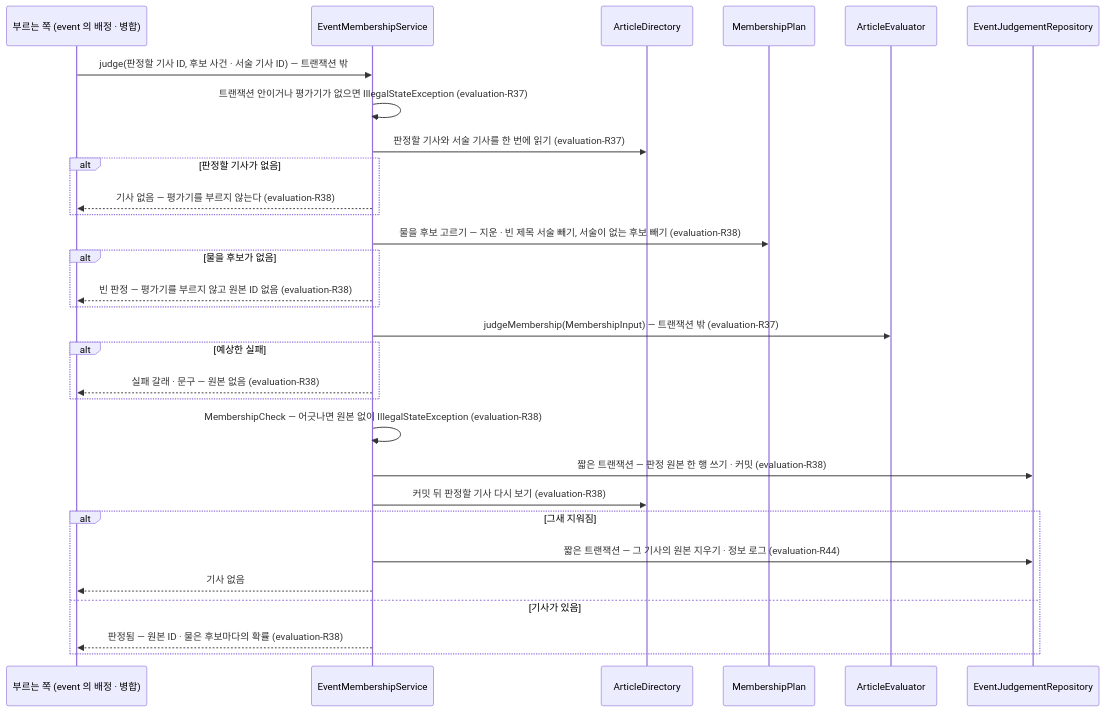
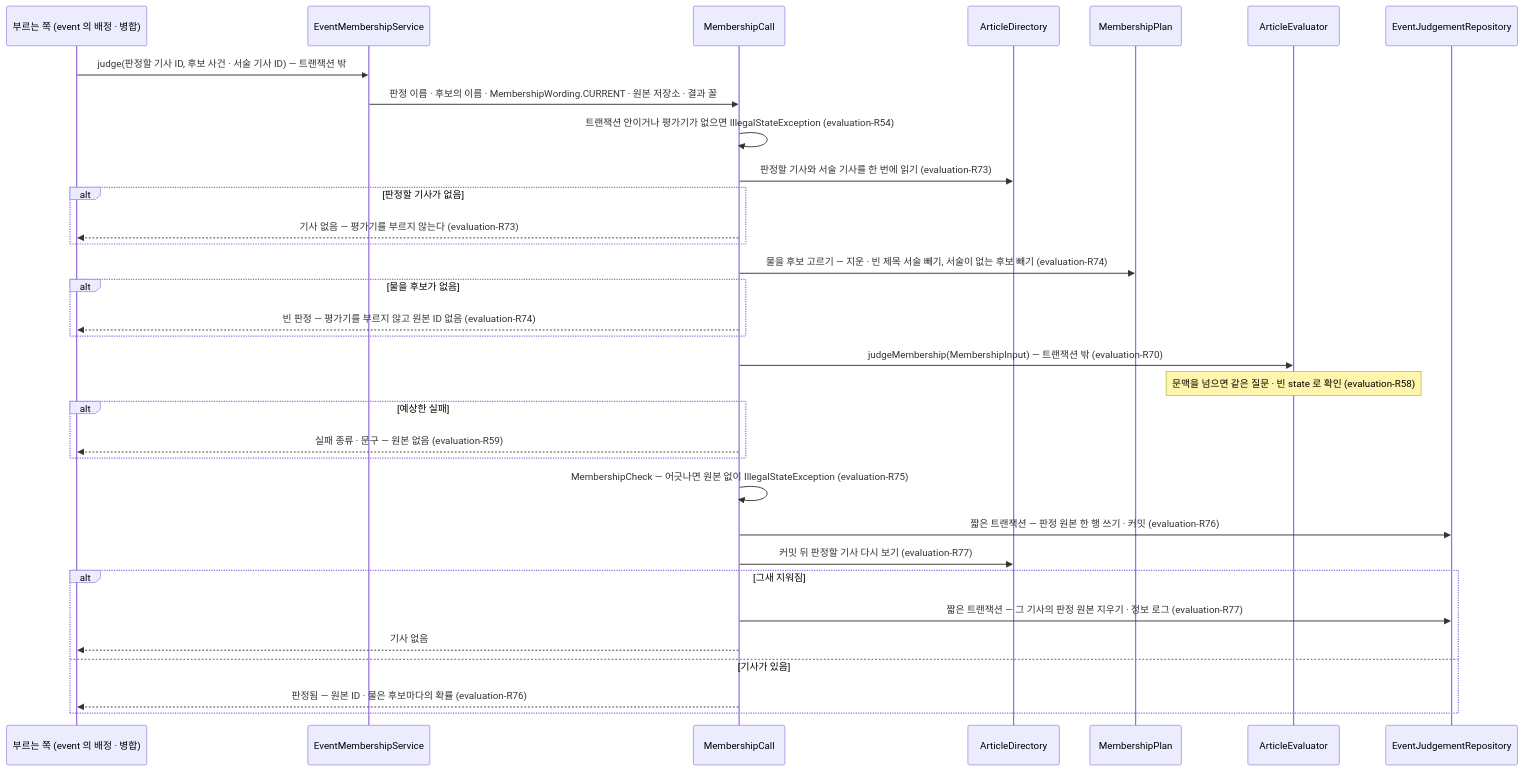
One commit to Theia0382/yozm-news changed the second of 5 diagrams in docs/specs/evaluation.md. Above: the diagram before and after it, drawn with Mermaid. The commit also changed other lines of this file and 2 other files, not shown here.

First line of the commit message:
docs: evaluation Spec 다시 쓰기 — 규칙 쪼개기 · 폐지한 규칙 절 · 시퀀스 그림 · 이름 정리

````diff
--- a/docs/specs/evaluation.md
+++ b/docs/specs/evaluation.md
@@ -545,33 +605,36 @@
 ```mermaid
 sequenceDiagram
     participant C as 부르는 쪽 (event 의 배정 · 병합)
     participant S as EventMembershipService
+    participant K as MembershipCall
     participant A as ArticleDirectory
     participant M as MembershipPlan
     participant P as ArticleEvaluator
     participant J as EventJudgementRepository
 
     C->>S: judge(판정할 기사 ID, 후보 사건 · 서술 기사 ID) — 트랜잭션 밖
-    S->>S: 트랜잭션 안이거나 평가기가 없으면 IllegalStateException (evaluation-R37)
-    S->>A: 판정할 기사와 서술 기사를 한 번에 읽기 (evaluation-R37)
+    S->>K: 판정 이름 · 후보의 이름 · MembershipWording.CURRENT · 원본 저장소 · 결과 꼴
+    K->>K: 트랜잭션 안이거나 평가기가 없으면 IllegalStateException (evaluation-R54)
+    K->>A: 판정할 기사와 서술 기사를 한 번에 읽기 (evaluation-R73)
     alt 판정할 기사가 없음
-        S-->>C: 기사 없음 — 평가기를 부르지 않는다 (evaluation-R38)
+        K-->>C: 기사 없음 — 평가기를 부르지 않는다 (evaluation-R73)
     end
-    S->>M: 물을 후보 고르기 — 지운 · 빈 제목 서술 빼기, 서술이 없는 후보 빼기 (evaluation-R38)
+    K->>M: 물을 후보 고르기 — 지운 · 빈 제목 서술 빼기, 서술이 없는 후보 빼기 (evaluation-R74)
     alt 물을 후보가 없음
-        S-->>C: 빈 판정 — 평가기를 부르지 않고 원본 ID 없음 (evaluation-R38)
+        K-->>C: 빈 판정 — 평가기를 부르지 않고 원본 ID 없음 (evaluation-R74)
     end
-    S->>P: judgeMembership(MembershipInput) — 트랜잭션 밖 (evaluation-R37)
+    K->>P: judgeMembership(MembershipInput) — 트랜잭션 밖 (evaluation-R70)
+    Note over P: 문맥을 넘으면 같은 질문 · 빈 state 로 확인 (evaluation-R58)
     alt 예상한 실패
-        S-->>C: 실패 갈래 · 문구 — 원본 없음 (evaluation-R38)
+        K-->>C: 실패 종류 · 문구 — 원본 없음 (evaluation-R59)
     end
-    S->>S: MembershipCheck — 어긋나면 원본 없이 IllegalStateException (evaluation-R38)
-    S->>J: 짧은 트랜잭션 — 판정 원본 한 행 쓰기 · 커밋 (evaluation-R38)
-    S->>A: 커밋 뒤 판정할 기사 다시 보기 (evaluation-R38)
+    K->>K: MembershipCheck — 어긋나면 원본 없이 IllegalStateException (evaluation-R75)
+    K->>J: 짧은 트랜잭션 — 판정 원본 한 행 쓰기 · 커밋 (evaluation-R76)
+    K->>A: 커밋 뒤 판정할 기사 다시 보기 (evaluation-R77)
     alt 그새 지워짐
-        S->>J: 짧은 트랜잭션 — 그 기사의 원본 지우기 · 정보 로그 (evaluation-R44)
-        S-->>C: 기사 없음
+        K->>J: 짧은 트랜잭션 — 그 기사의 판정 원본 지우기 · 정보 로그 (evaluation-R77)
+        K-->>C: 기사 없음
     else 기사가 있음
-        S-->>C: 판정됨 — 원본 ID · 물은 후보마다의 확률 (evaluation-R38)
+        K-->>C: 판정됨 — 원본 ID · 물은 후보마다의 확률 (evaluation-R76)
     end
 ```
````
